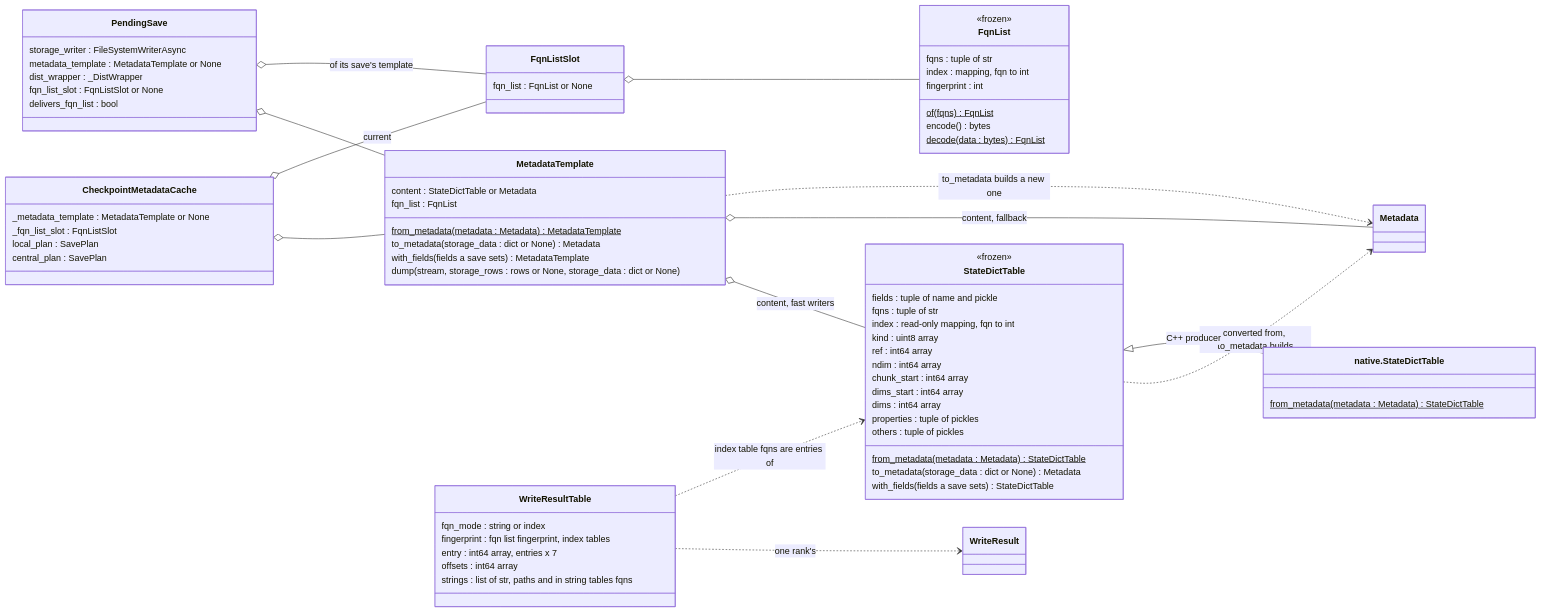
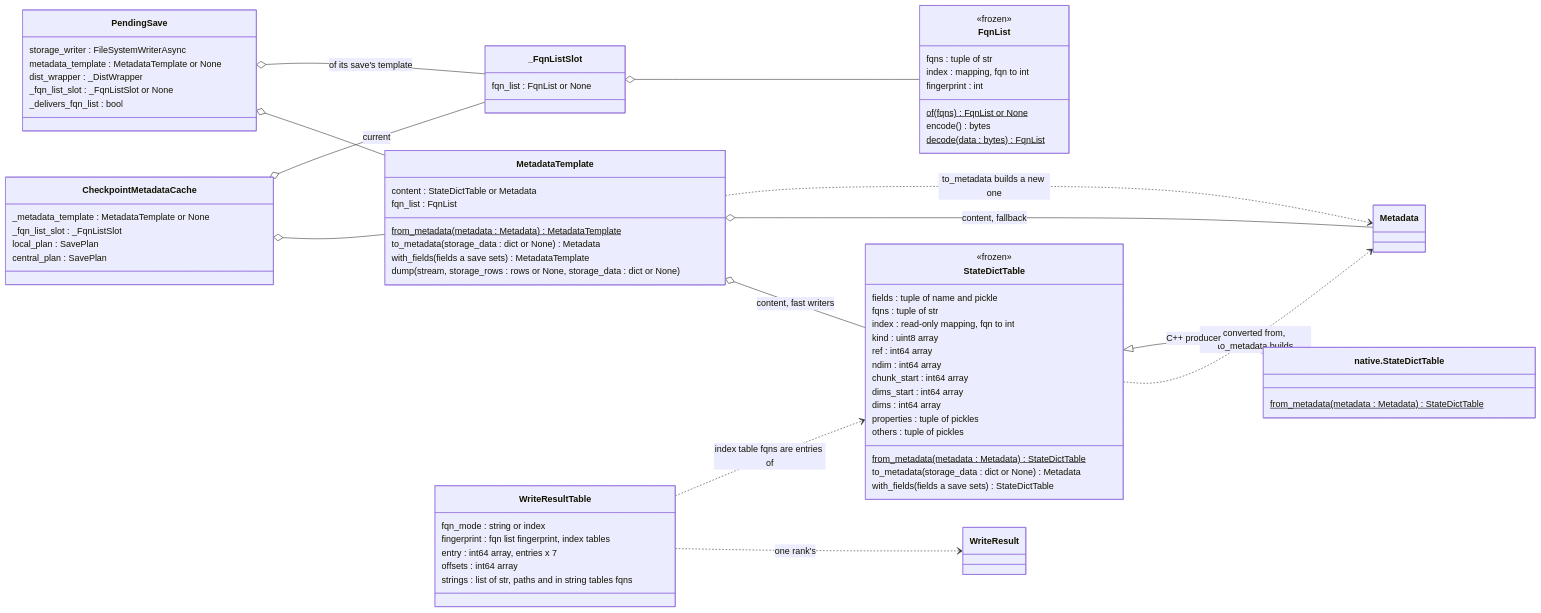
The second of 5 diagrams in docs/design/checkpoint/ASYNC_SAVE.md (NVIDIA/nvidia-resiliency-ext), drawn with Mermaid before and after one commit. The commit also changed other lines of this file and 10 other files, not shown here.

````diff
--- a/docs/design/checkpoint/ASYNC_SAVE.md
+++ b/docs/design/checkpoint/ASYNC_SAVE.md
@@ -108,76 +108,76 @@
 ```mermaid
 classDiagram
     direction LR
     class CheckpointMetadataCache {
         _metadata_template : MetadataTemplate or None
-        _fqn_list_slot : FqnListSlot
+        _fqn_list_slot : _FqnListSlot
         local_plan : SavePlan
         central_plan : SavePlan
     }
     class PendingSave {
         storage_writer : FileSystemWriterAsync
         metadata_template : MetadataTemplate or None
         dist_wrapper : _DistWrapper
-        fqn_list_slot : FqnListSlot or None
-        delivers_fqn_list : bool
+        _fqn_list_slot : _FqnListSlot or None
+        _delivers_fqn_list : bool
     }
-    class FqnListSlot {
+    class _FqnListSlot {
         fqn_list : FqnList or None
     }
     class FqnList {
         <<frozen>>
         fqns : tuple of str
         index : mapping, fqn to int
         fingerprint : int
-        of(fqns)$ FqnList
+        of(fqns)$ FqnList or None
         encode() bytes
         decode(data : bytes)$ FqnList
     }
     class MetadataTemplate {
         content : StateDictTable or Metadata
         fqn_list : FqnList
         from_metadata(metadata : Metadata)$ MetadataTemplate
         to_metadata(storage_data : dict or None) Metadata
         with_fields(fields a save sets) MetadataTemplate
         dump(stream, storage_rows : rows or None, storage_data : dict or None)
     }
     class StateDictTable {
         <<frozen>>
         fields : tuple of name and pickle
         fqns : tuple of str
         index : read-only mapping, fqn to int
         kind : uint8 array
         ref : int64 array
         ndim : int64 array
         chunk_start : int64 array
         dims_start : int64 array
         dims : int64 array
         properties : tuple of pickles
         others : tuple of pickles
         from_metadata(metadata : Metadata)$ StateDictTable
         to_metadata(storage_data : dict or None) Metadata
         with_fields(fields a save sets) StateDictTable
     }
     class NativeStateDictTable["native.StateDictTable"] {
         from_metadata(metadata : Metadata)$ StateDictTable
     }
     class WriteResultTable {
         fqn_mode : string or index
         fingerprint : fqn list fingerprint, index tables
         entry : int64 array, entries x 7
         offsets : int64 array
         strings : list of str, paths and in string tables fqns
     }
     CheckpointMetadataCache o-- MetadataTemplate
-    CheckpointMetadataCache o-- FqnListSlot : current
+    CheckpointMetadataCache o-- _FqnListSlot : current
     PendingSave o-- MetadataTemplate
-    PendingSave o-- FqnListSlot : of its save's template
-    FqnListSlot o-- FqnList
+    PendingSave o-- _FqnListSlot : of its save's template
+    _FqnListSlot o-- FqnList
     MetadataTemplate o-- StateDictTable : content, fast writers
     MetadataTemplate o-- Metadata : content, fallback
     MetadataTemplate ..> Metadata : to_metadata builds a new one
     StateDictTable ..> Metadata : converted from, to_metadata builds
     StateDictTable <|-- NativeStateDictTable : C++ producer
     WriteResultTable ..> WriteResult : one rank's
     WriteResultTable ..> StateDictTable : index table fqns are entries of
 ```
````
